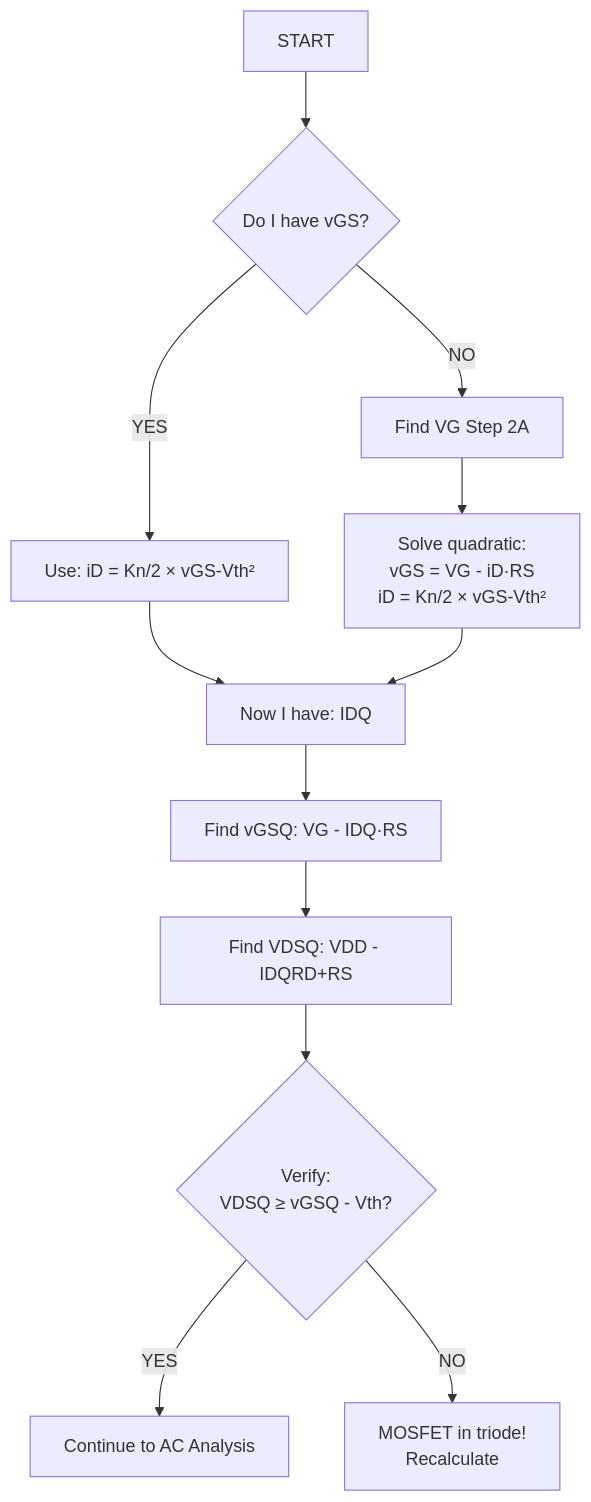
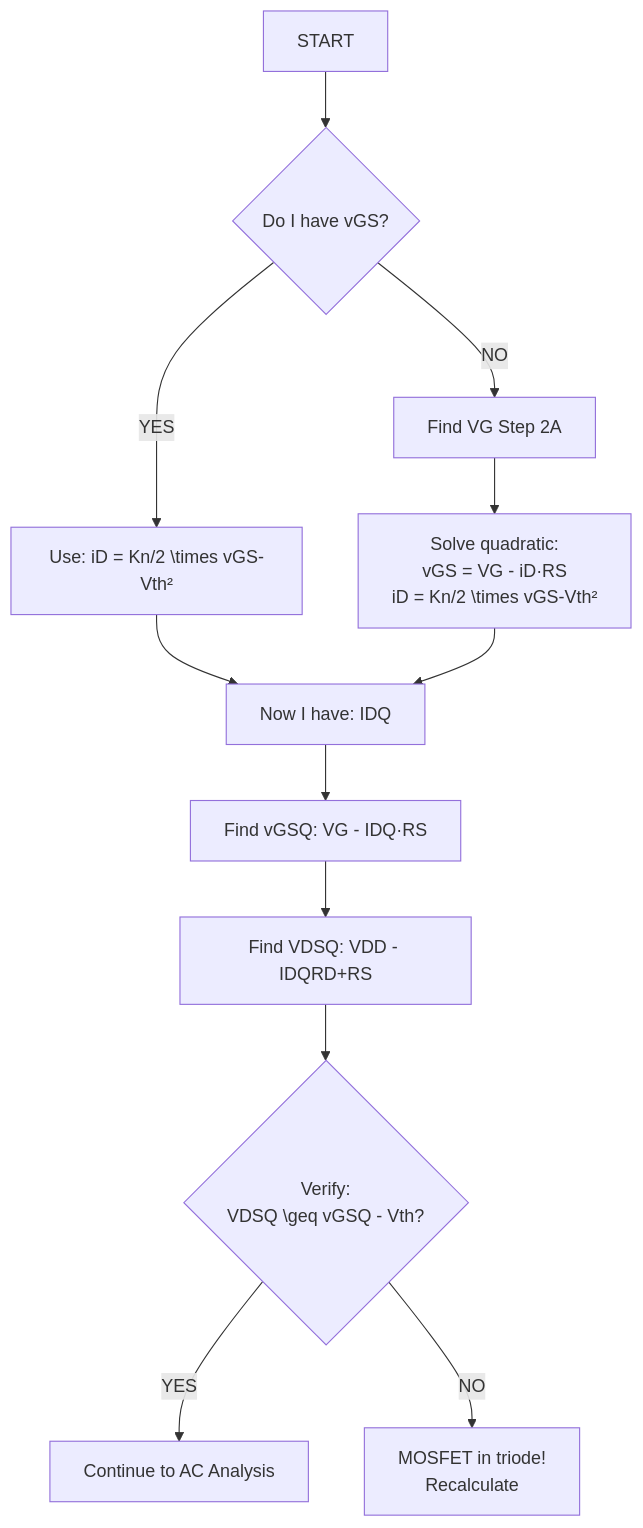
The first of 2 diagrams in content/ee_302/mosfet_loadline2.md (erauredeyesociety/electrical_notes), drawn with Mermaid before and after one commit. The commit also changed other lines of this file and 8 other files, not shown here.

````diff
--- a/content/ee_302/mosfet_loadline2.md
+++ b/content/ee_302/mosfet_loadline2.md
@@ -334,14 +334,14 @@
 ```mermaid
 flowchart TD
     A[START] --> B{Do I have vGS?}
-    B -->|YES| C[Use: iD = Kn/2 × vGS-Vth²]
+    B -->|YES| C[Use: iD = Kn/2 \times vGS-Vth²]
     B -->|NO| D[Find VG Step 2A]
-    D --> E[Solve quadratic:<br/>vGS = VG - iD·RS<br/>iD = Kn/2 × vGS-Vth²]
+    D --> E[Solve quadratic:<br/>vGS = VG - iD·RS<br/>iD = Kn/2 \times vGS-Vth²]
     C --> F[Now I have: IDQ]
     E --> F
     F --> G[Find vGSQ: VG - IDQ·RS]
     G --> H[Find VDSQ: VDD - IDQRD+RS]
-    H --> I{Verify:<br/>VDSQ ≥ vGSQ - Vth?}
+    H --> I{Verify:<br/>VDSQ \geq vGSQ - Vth?}
     I -->|YES| J[Continue to AC Analysis]
     I -->|NO| K[MOSFET in triode!<br/>Recalculate]
 ```
````
